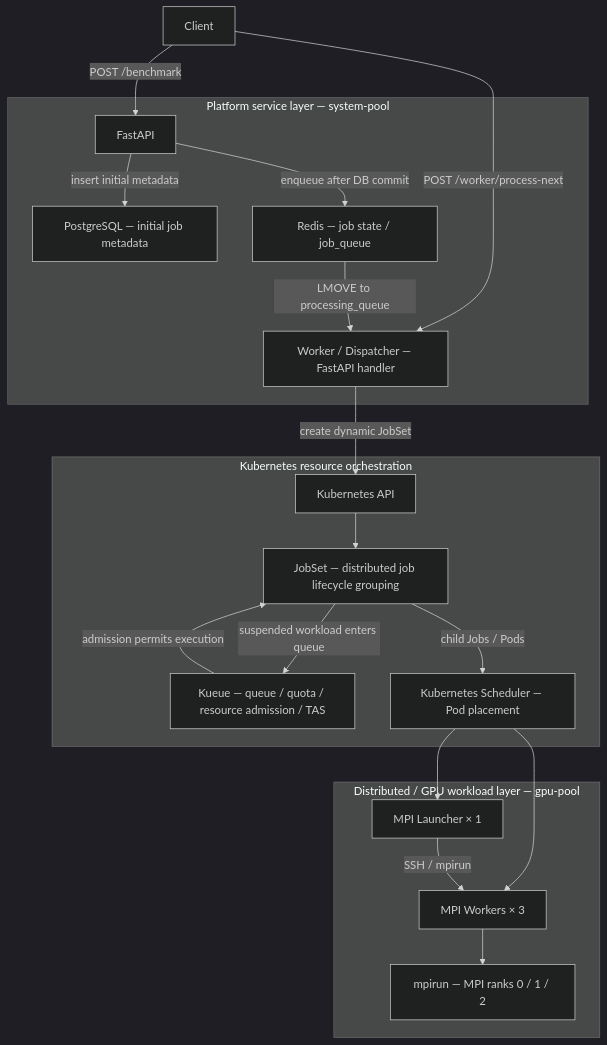
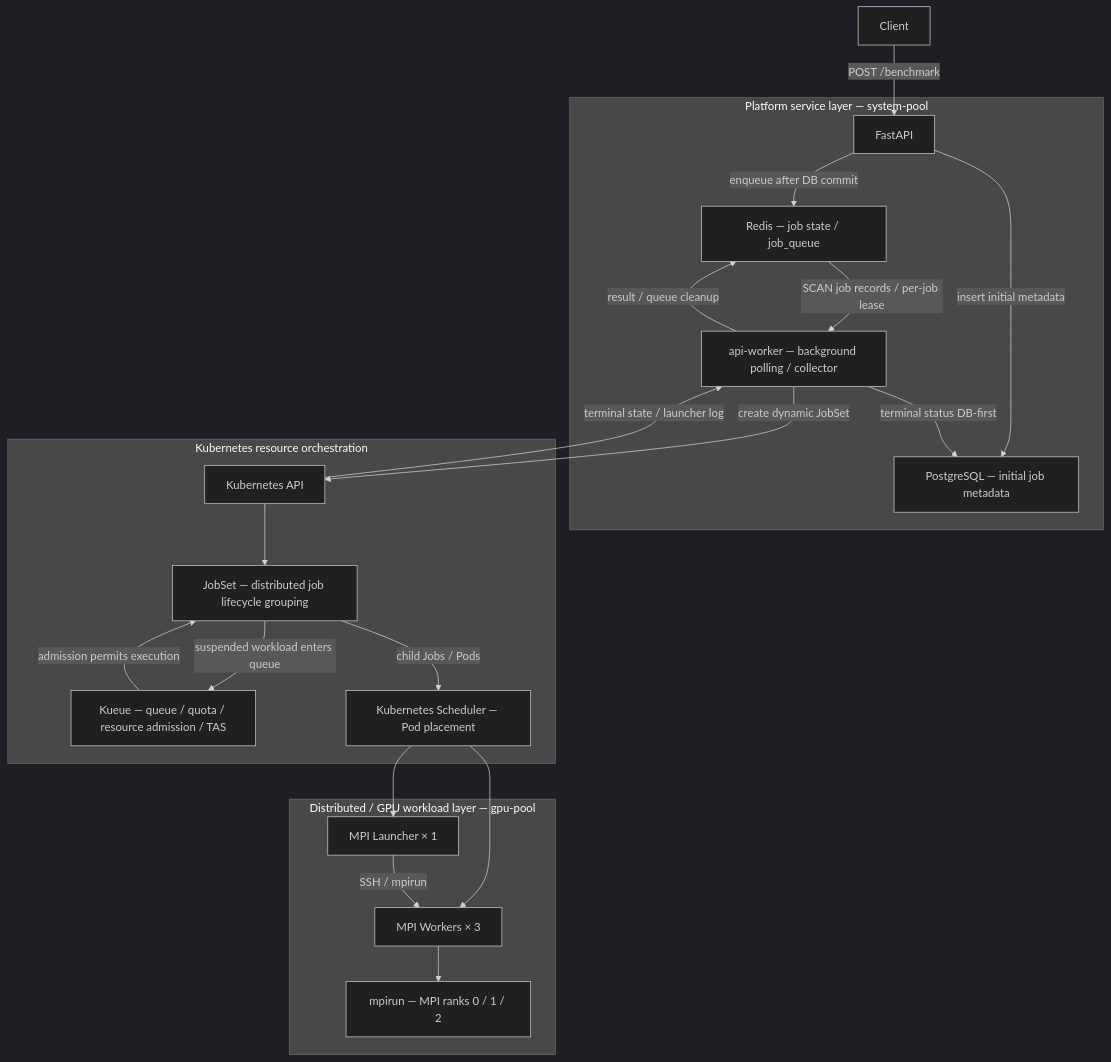
One commit to davidtestdocker/hpc changed the diagram in docs/architecture/platform-architecture.md. Above: the diagram before and after it, drawn with Mermaid (dark theme). The commit also changed other lines of this file and 46 other files, not shown here.

````diff
--- a/docs/architecture/platform-architecture.md
+++ b/docs/architecture/platform-architecture.md
@@ -15,35 +15,37 @@
 ```mermaid
 flowchart TD
     CLIENT["Client"]
     subgraph SERVICES["Platform service layer — system-pool"]
         API["FastAPI"]
         DB["PostgreSQL — initial job metadata"]
         QUEUE["Redis — job state / job_queue"]
-        WORKER["Worker / Dispatcher — FastAPI handler"]
+        WORKER["api-worker — background polling / collector"]
     end
     subgraph ORCHESTRATION["Kubernetes resource orchestration"]
         KAPI["Kubernetes API"]
         JS["JobSet — distributed job lifecycle grouping"]
         KUEUE["Kueue — queue / quota / resource admission / TAS"]
         SCHED["Kubernetes Scheduler — Pod placement"]
     end
     subgraph COMPUTE["Distributed / GPU workload layer — gpu-pool"]
         LAUNCHER["MPI Launcher × 1"]
         WORKERS["MPI Workers × 3"]
         RANKS["mpirun — MPI ranks 0 / 1 / 2"]
     end
     CLIENT -->|"POST /benchmark"| API
     API -->|"insert initial metadata"| DB
     API -->|"enqueue after DB commit"| QUEUE
-    CLIENT -->|"POST /worker/process-next"| WORKER
-    QUEUE -->|"LMOVE to processing_queue"| WORKER
+    QUEUE -->|"SCAN job records / per-job lease"| WORKER
+    KAPI -->|"terminal state / launcher log"| WORKER
+    WORKER -->|"terminal status DB-first"| DB
+    WORKER -->|"result / queue cleanup"| QUEUE
     WORKER -->|"create dynamic JobSet"| KAPI
     KAPI --> JS
     JS -->|"suspended workload enters queue"| KUEUE
     KUEUE -->|"admission permits execution"| JS
     JS -->|"child Jobs / Pods"| SCHED
     SCHED --> LAUNCHER
     SCHED --> WORKERS
     LAUNCHER -->|"SSH / mpirun"| WORKERS
     WORKERS --> RANKS
 ```
````
